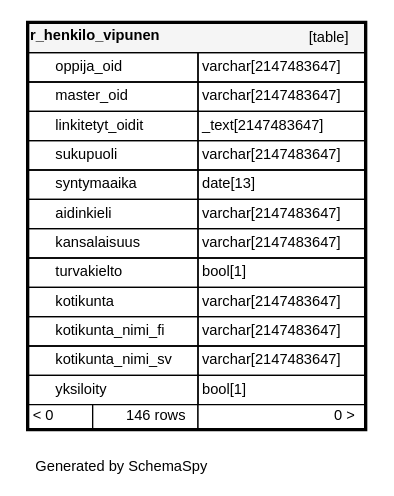
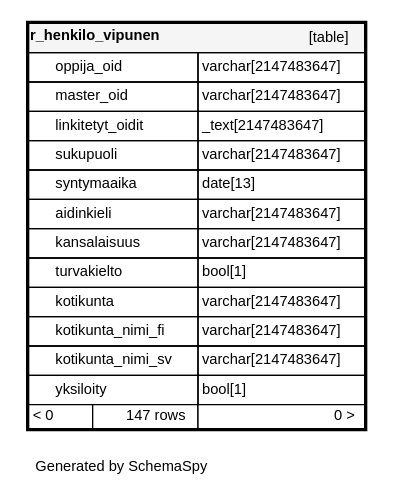
One commit to Opetushallitus/koski changed the diagram in documentation/tietokantaskeemat/koski-raportointikanta/diagrams/tables/r_henkilo_vipunen.1degree.dot. Above: the diagram before and after it, drawn with Graphviz. The commit also changed 91 other files, not shown here.

```diff
--- a/documentation/tietokantaskeemat/koski-raportointikanta/diagrams/tables/r_henkilo_vipunen.1degree.dot
+++ b/documentation/tietokantaskeemat/koski-raportointikanta/diagrams/tables/r_henkilo_vipunen.1degree.dot
@@ -1,25 +1,25 @@
 digraph "oneDegreeRelationshipsDiagram" {
   graph [    rankdir="RL"    bgcolor="#ffffff"    label="\nGenerated by SchemaSpy"    labeljust="l"    nodesep="0.18"    ranksep="0.46"    fontname="Helvetica"    fontsize="11"    ration="compress"  ];  node [    fontname="Helvetica"    fontsize="11"    shape="plaintext"  ];  edge [    arrowsize="0.8"  ];
   "r_henkilo_vipunen" [
    label=<
     <TABLE BORDER="2" CELLBORDER="1" CELLSPACING="0" BGCOLOR="#ffffff">
       <TR><TD COLSPAN="4"  BGCOLOR="#f5f5f5"><TABLE BORDER="0" CELLSPACING="0"><TR><TD ALIGN="LEFT" FIXEDSIZE="TRUE" WIDTH="106" HEIGHT="16"><B>r_henkilo_vipunen</B></TD><TD ALIGN="RIGHT">[table]</TD></TR></TABLE></TD></TR>
       <TR><TD PORT="oppija_oid" COLSPAN="2" ALIGN="LEFT"><TABLE BORDER="0" CELLSPACING="0" ALIGN="LEFT"><TR ALIGN="LEFT"><TD ALIGN="LEFT" FIXEDSIZE="TRUE" WIDTH="15" HEIGHT="16"></TD><TD ALIGN="LEFT" FIXEDSIZE="TRUE" WIDTH="106" HEIGHT="16">oppija_oid</TD></TR></TABLE></TD><TD PORT="oppija_oid.type" ALIGN="LEFT">varchar[2147483647]</TD></TR>
       <TR><TD PORT="master_oid" COLSPAN="2" ALIGN="LEFT"><TABLE BORDER="0" CELLSPACING="0" ALIGN="LEFT"><TR ALIGN="LEFT"><TD ALIGN="LEFT" FIXEDSIZE="TRUE" WIDTH="15" HEIGHT="16"></TD><TD ALIGN="LEFT" FIXEDSIZE="TRUE" WIDTH="106" HEIGHT="16">master_oid</TD></TR></TABLE></TD><TD PORT="master_oid.type" ALIGN="LEFT">varchar[2147483647]</TD></TR>
       <TR><TD PORT="linkitetyt_oidit" COLSPAN="2" ALIGN="LEFT"><TABLE BORDER="0" CELLSPACING="0" ALIGN="LEFT"><TR ALIGN="LEFT"><TD ALIGN="LEFT" FIXEDSIZE="TRUE" WIDTH="15" HEIGHT="16"></TD><TD ALIGN="LEFT" FIXEDSIZE="TRUE" WIDTH="106" HEIGHT="16">linkitetyt_oidit</TD></TR></TABLE></TD><TD PORT="linkitetyt_oidit.type" ALIGN="LEFT">_text[2147483647]</TD></TR>
       <TR><TD PORT="sukupuoli" COLSPAN="2" ALIGN="LEFT"><TABLE BORDER="0" CELLSPACING="0" ALIGN="LEFT"><TR ALIGN="LEFT"><TD ALIGN="LEFT" FIXEDSIZE="TRUE" WIDTH="15" HEIGHT="16"></TD><TD ALIGN="LEFT" FIXEDSIZE="TRUE" WIDTH="106" HEIGHT="16">sukupuoli</TD></TR></TABLE></TD><TD PORT="sukupuoli.type" ALIGN="LEFT">varchar[2147483647]</TD></TR>
       <TR><TD PORT="syntymaaika" COLSPAN="2" ALIGN="LEFT"><TABLE BORDER="0" CELLSPACING="0" ALIGN="LEFT"><TR ALIGN="LEFT"><TD ALIGN="LEFT" FIXEDSIZE="TRUE" WIDTH="15" HEIGHT="16"></TD><TD ALIGN="LEFT" FIXEDSIZE="TRUE" WIDTH="106" HEIGHT="16">syntymaaika</TD></TR></TABLE></TD><TD PORT="syntymaaika.type" ALIGN="LEFT">date[13]</TD></TR>
       <TR><TD PORT="aidinkieli" COLSPAN="2" ALIGN="LEFT"><TABLE BORDER="0" CELLSPACING="0" ALIGN="LEFT"><TR ALIGN="LEFT"><TD ALIGN="LEFT" FIXEDSIZE="TRUE" WIDTH="15" HEIGHT="16"></TD><TD ALIGN="LEFT" FIXEDSIZE="TRUE" WIDTH="106" HEIGHT="16">aidinkieli</TD></TR></TABLE></TD><TD PORT="aidinkieli.type" ALIGN="LEFT">varchar[2147483647]</TD></TR>
       <TR><TD PORT="kansalaisuus" COLSPAN="2" ALIGN="LEFT"><TABLE BORDER="0" CELLSPACING="0" ALIGN="LEFT"><TR ALIGN="LEFT"><TD ALIGN="LEFT" FIXEDSIZE="TRUE" WIDTH="15" HEIGHT="16"></TD><TD ALIGN="LEFT" FIXEDSIZE="TRUE" WIDTH="106" HEIGHT="16">kansalaisuus</TD></TR></TABLE></TD><TD PORT="kansalaisuus.type" ALIGN="LEFT">varchar[2147483647]</TD></TR>
       <TR><TD PORT="turvakielto" COLSPAN="2" ALIGN="LEFT"><TABLE BORDER="0" CELLSPACING="0" ALIGN="LEFT"><TR ALIGN="LEFT"><TD ALIGN="LEFT" FIXEDSIZE="TRUE" WIDTH="15" HEIGHT="16"></TD><TD ALIGN="LEFT" FIXEDSIZE="TRUE" WIDTH="106" HEIGHT="16">turvakielto</TD></TR></TABLE></TD><TD PORT="turvakielto.type" ALIGN="LEFT">bool[1]</TD></TR>
       <TR><TD PORT="kotikunta" COLSPAN="2" ALIGN="LEFT"><TABLE BORDER="0" CELLSPACING="0" ALIGN="LEFT"><TR ALIGN="LEFT"><TD ALIGN="LEFT" FIXEDSIZE="TRUE" WIDTH="15" HEIGHT="16"></TD><TD ALIGN="LEFT" FIXEDSIZE="TRUE" WIDTH="106" HEIGHT="16">kotikunta</TD></TR></TABLE></TD><TD PORT="kotikunta.type" ALIGN="LEFT">varchar[2147483647]</TD></TR>
       <TR><TD PORT="kotikunta_nimi_fi" COLSPAN="2" ALIGN="LEFT"><TABLE BORDER="0" CELLSPACING="0" ALIGN="LEFT"><TR ALIGN="LEFT"><TD ALIGN="LEFT" FIXEDSIZE="TRUE" WIDTH="15" HEIGHT="16"></TD><TD ALIGN="LEFT" FIXEDSIZE="TRUE" WIDTH="106" HEIGHT="16">kotikunta_nimi_fi</TD></TR></TABLE></TD><TD PORT="kotikunta_nimi_fi.type" ALIGN="LEFT">varchar[2147483647]</TD></TR>
       <TR><TD PORT="kotikunta_nimi_sv" COLSPAN="2" ALIGN="LEFT"><TABLE BORDER="0" CELLSPACING="0" ALIGN="LEFT"><TR ALIGN="LEFT"><TD ALIGN="LEFT" FIXEDSIZE="TRUE" WIDTH="15" HEIGHT="16"></TD><TD ALIGN="LEFT" FIXEDSIZE="TRUE" WIDTH="106" HEIGHT="16">kotikunta_nimi_sv</TD></TR></TABLE></TD><TD PORT="kotikunta_nimi_sv.type" ALIGN="LEFT">varchar[2147483647]</TD></TR>
       <TR><TD PORT="yksiloity" COLSPAN="2" ALIGN="LEFT"><TABLE BORDER="0" CELLSPACING="0" ALIGN="LEFT"><TR ALIGN="LEFT"><TD ALIGN="LEFT" FIXEDSIZE="TRUE" WIDTH="15" HEIGHT="16"></TD><TD ALIGN="LEFT" FIXEDSIZE="TRUE" WIDTH="106" HEIGHT="16">yksiloity</TD></TR></TABLE></TD><TD PORT="yksiloity.type" ALIGN="LEFT">bool[1]</TD></TR>
-      <TR><TD ALIGN="LEFT" BGCOLOR="#ffffff">&lt; 0</TD><TD ALIGN="RIGHT" BGCOLOR="#ffffff">146 rows</TD><TD ALIGN="RIGHT" BGCOLOR="#ffffff">0 &gt;</TD></TR>
+      <TR><TD ALIGN="LEFT" BGCOLOR="#ffffff">&lt; 0</TD><TD ALIGN="RIGHT" BGCOLOR="#ffffff">147 rows</TD><TD ALIGN="RIGHT" BGCOLOR="#ffffff">0 &gt;</TD></TR>
     </TABLE>>
     URL="../../tables/r_henkilo_vipunen.html"
     target="_top"
     tooltip="r_henkilo_vipunen"
   ];
 }
```
